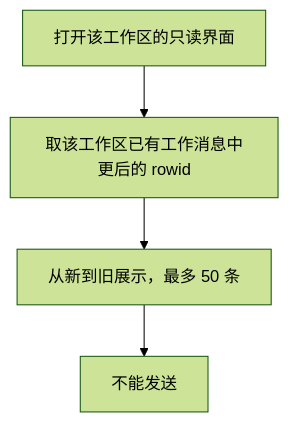
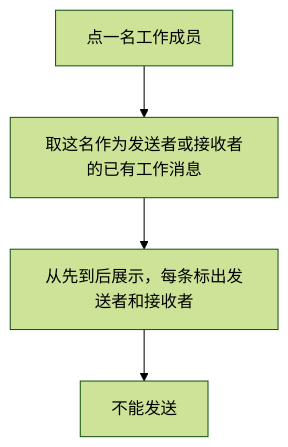
Before and after one commit to xforce-io/atelier: the fourth of 6 diagrams in docs/design/25-readonly-workspace-ui/product.md, drawn with Mermaid (forest theme). The commit also changed other lines of this file, not shown here.

````diff
--- a/docs/design/25-readonly-workspace-ui/product.md
+++ b/docs/design/25-readonly-workspace-ui/product.md
@@ -159,6 +174,6 @@
 ```mermaid
 flowchart TD
-    A[打开该工作区的只读界面] --> B[取该工作区已有工作消息中更后的 rowid]
-    B --> C[从新到旧展示，最多 50 条]
+    A[点一名工作成员] --> B[取这名作为发送者或接收者的已有工作消息]
+    B --> C[从先到后展示，每条标出发送者和接收者]
     C --> D[不能发送]
 ```
````
